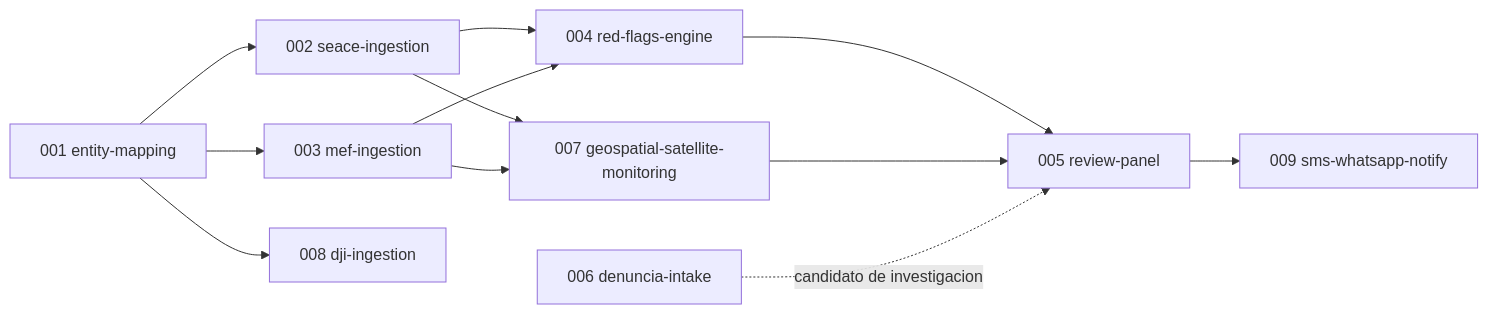
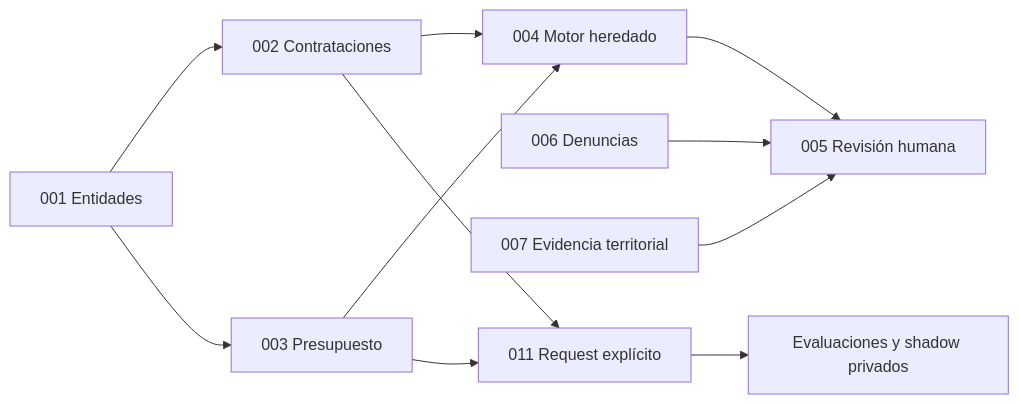
One commit to richardsonyelstin-commits/cajamarca-qhaway changed the diagram in specs/README.md. Above: the diagram before and after it, drawn with Mermaid. The commit also changed other lines of this file and 151 other files, not shown here.

````diff
--- a/specs/README.md
+++ b/specs/README.md
@@ -20,14 +36,13 @@
 ```mermaid
 flowchart LR
-  A[001 entity-mapping] --> B[002 seace-ingestion]
-  A --> C[003 mef-ingestion]
-  B --> D[004 red-flags-engine]
+  A[001 Entidades] --> B[002 Contrataciones]
+  A --> C[003 Presupuesto]
+  B --> D[004 Motor heredado]
   C --> D
-  B --> G[007 geospatial-satellite-monitoring]
-  C --> G
-  D --> E[005 review-panel]
-  G --> E
-  F[006 denuncia-intake] -.candidato de investigacion.-> E
-  A --> H[008 dji-ingestion]
-  E --> I[009 sms-whatsapp-notify]
+  D --> E[005 Revisión humana]
+  F[006 Denuncias] --> E
+  G[007 Evidencia territorial] --> E
+  B --> H[011 Request explícito]
+  C --> H
+  H --> I[Evaluaciones y shadow privados]
 ```
````
